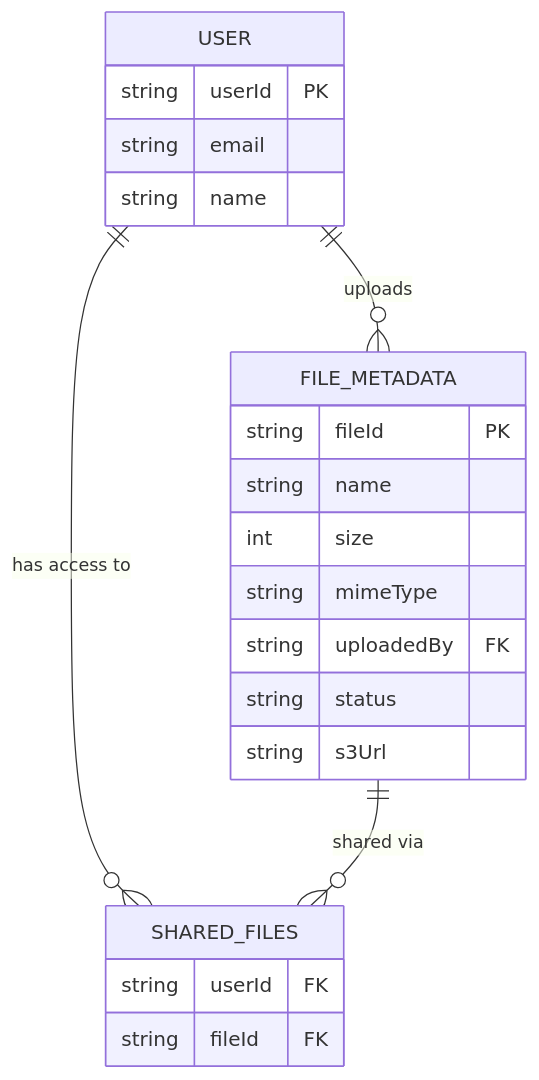
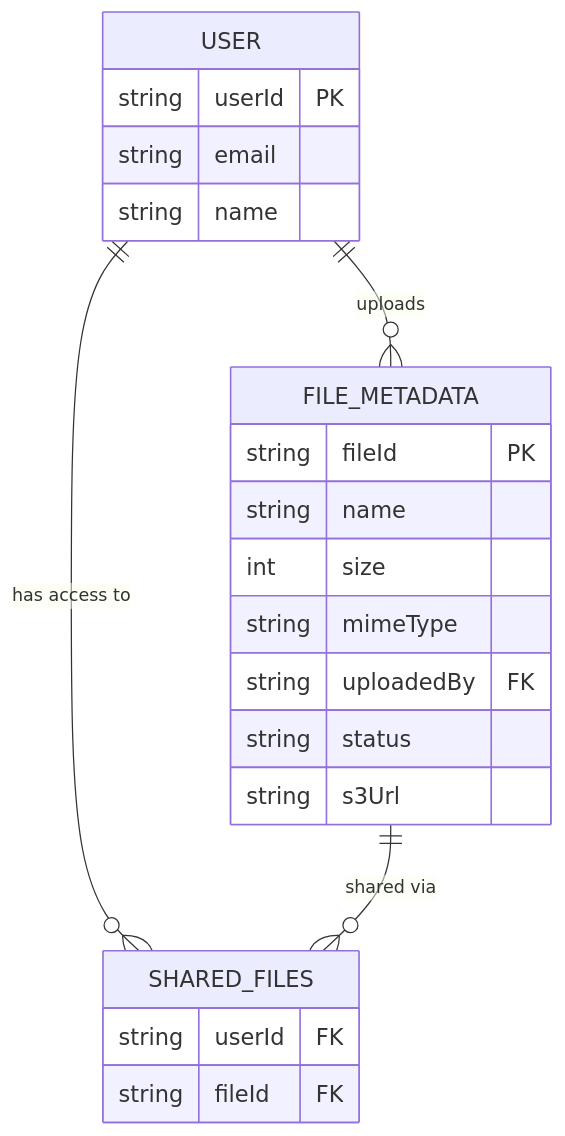
One commit to vipi-n/swe-101 changed the first of 15 diagrams in hld/dropbox.md. Above: the diagram before and after it, drawn with Mermaid. The commit also changed other lines of this file, not shown here.

````diff
--- a/hld/dropbox.md
+++ b/hld/dropbox.md
@@ -102,24 +102,25 @@
 ```mermaid
+%%{init: {'theme': 'default', 'themeVariables': {'fontSize': '18px'}}}%%
 erDiagram
     USER {
         string userId PK
         string email
         string name
     }
     FILE_METADATA {
         string fileId PK
         string name
         int size
         string mimeType
         string uploadedBy FK
         string status
         string s3Url
     }
     SHARED_FILES {
         string userId FK
         string fileId FK
     }
     USER ||--o{ FILE_METADATA : "uploads"
     USER ||--o{ SHARED_FILES : "has access to"
     FILE_METADATA ||--o{ SHARED_FILES : "shared via"
 ```
````
